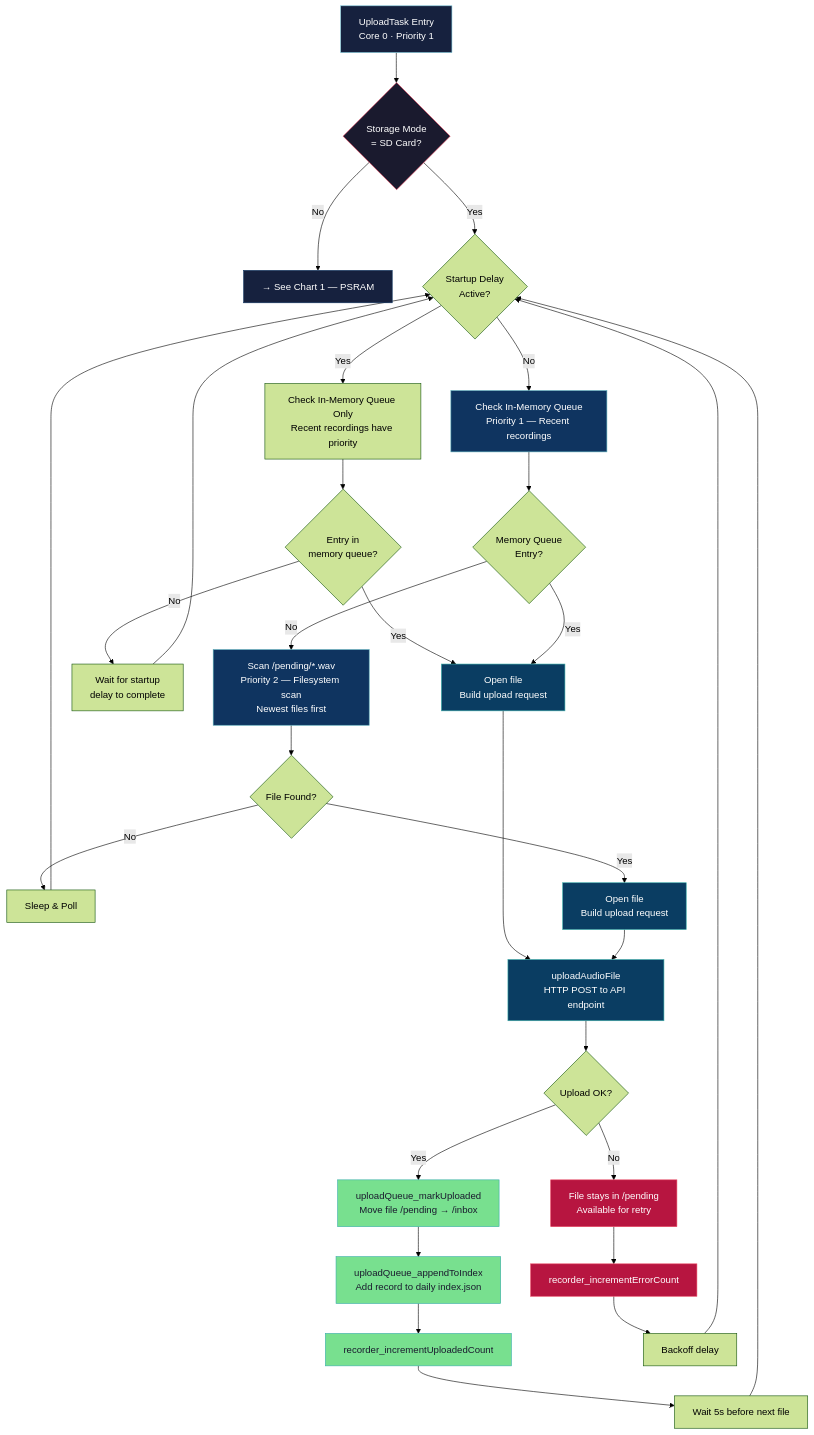
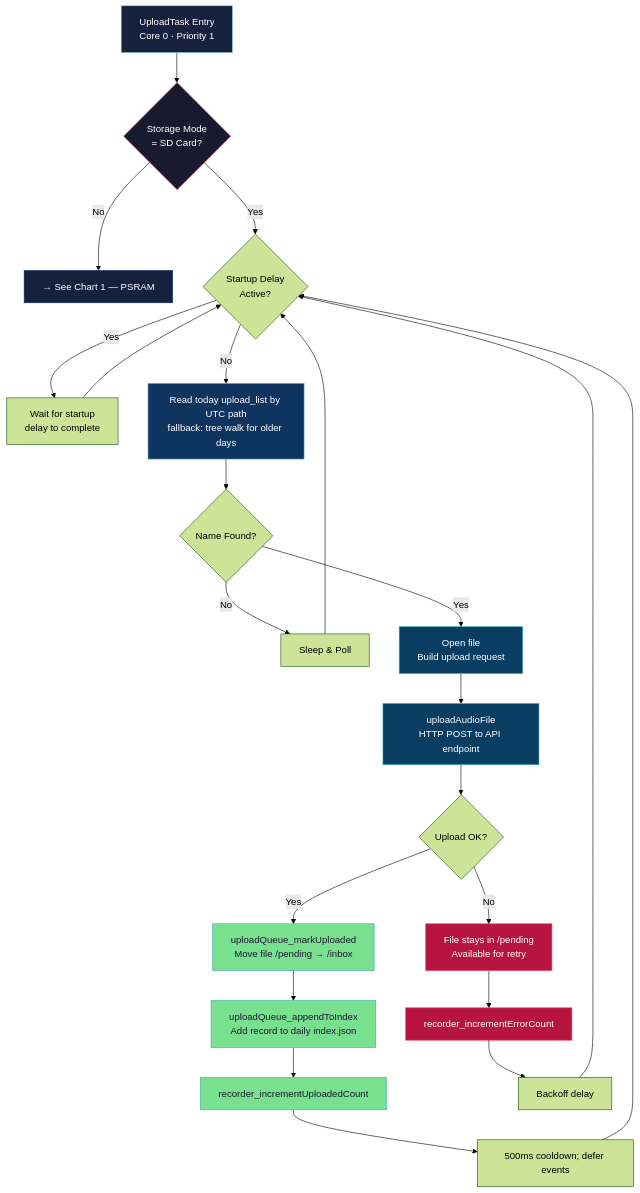
The second of 3 diagrams in docs/Uploader.md (Boondock-Echo/Echo-Tango), drawn with Mermaid (forest theme) before and after one commit. The commit also changed other lines of this file and 37 other files, not shown here.

````diff
--- a/docs/Uploader.md
+++ b/docs/Uploader.md
@@ -57,53 +55,43 @@
 ```mermaid
 flowchart TD
     U0[UploadTask Entry<br/>Core 0 · Priority 1] --> U1{Storage Mode<br/>= SD Card?}
     U1 -- No --> PSRAM_LINK[→ See Chart 1 — PSRAM]
 
     U1 -- Yes --> SD0{Startup Delay<br/>Active?}
 
-    SD0 -- Yes --> SD1[Check In-Memory Queue Only<br/>Recent recordings have priority]
-    SD1 --> SD1a{Entry in<br/>memory queue?}
-    SD1a -- Yes --> SD_UPLOAD
-    SD1a -- No --> SD1b[Wait for startup<br/>delay to complete]
+    SD0 -- Yes --> SD1b[Wait for startup<br/>delay to complete]
     SD1b --> SD0
 
-    SD0 -- No --> SD2[Check In-Memory Queue<br/>Priority 1 — Recent recordings]
-    SD2 --> SD3{Memory Queue<br/>Entry?}
-    SD3 -- Yes --> SD_UPLOAD[Open file<br/>Build upload request]
-
-    SD3 -- No --> SD4[Scan /pending/*.wav<br/>Priority 2 — Filesystem scan<br/>Newest files first]
-    SD4 --> SD5{File Found?}
+    SD0 -- No --> SD4[Read today upload_list by UTC path<br/>fallback: tree walk for older days]
+    SD4 --> SD5{Name Found?}
     SD5 -- No --> SD6[Sleep & Poll]
     SD6 --> SD0
     SD5 -- Yes --> SD7[Open file<br/>Build upload request]
 
-    SD_UPLOAD --> SD8[uploadAudioFile<br/>HTTP POST to API endpoint]
-    SD7 --> SD8
+    SD7 --> SD8[uploadAudioFile<br/>HTTP POST to API endpoint]
 
     SD8 --> SD9{Upload OK?}
 
     SD9 -- Yes --> SD10[uploadQueue_markUploaded<br/>Move file /pending → /inbox]
     SD10 --> SD11[uploadQueue_appendToIndex<br/>Add record to daily index.json]
     SD11 --> SD12[recorder_incrementUploadedCount]
-    SD12 --> SD13[Wait 5s before next file]
+    SD12 --> SD13[500ms cooldown; defer events]
     SD13 --> SD0
 
     SD9 -- No --> SD14[File stays in /pending<br/>Available for retry]
     SD14 --> SD15[recorder_incrementErrorCount]
     SD15 --> SD16[Backoff delay]
     SD16 --> SD0
 
     style U0 fill:#16213e,stroke:#82ccdd,color:#fff
     style U1 fill:#1a1a2e,stroke:#e94560,color:#fff
-    style SD2 fill:#0f3460,stroke:#53a8b6,color:#fff
     style SD4 fill:#0f3460,stroke:#53a8b6,color:#fff
-    style SD_UPLOAD fill:#0a3d62,stroke:#38ada9,color:#fff
     style SD7 fill:#0a3d62,stroke:#38ada9,color:#fff
     style SD8 fill:#0a3d62,stroke:#38ada9,color:#fff
     style SD10 fill:#78e08f,stroke:#38ada9,color:#1a1a2e
     style SD11 fill:#78e08f,stroke:#38ada9,color:#1a1a2e
     style SD12 fill:#78e08f,stroke:#38ada9,color:#1a1a2e
     style SD14 fill:#b71540,stroke:#e94560,color:#fff
     style SD15 fill:#b71540,stroke:#e94560,color:#fff
     style PSRAM_LINK fill:#16213e,stroke:#0f3460,color:#fff
 ```
````
